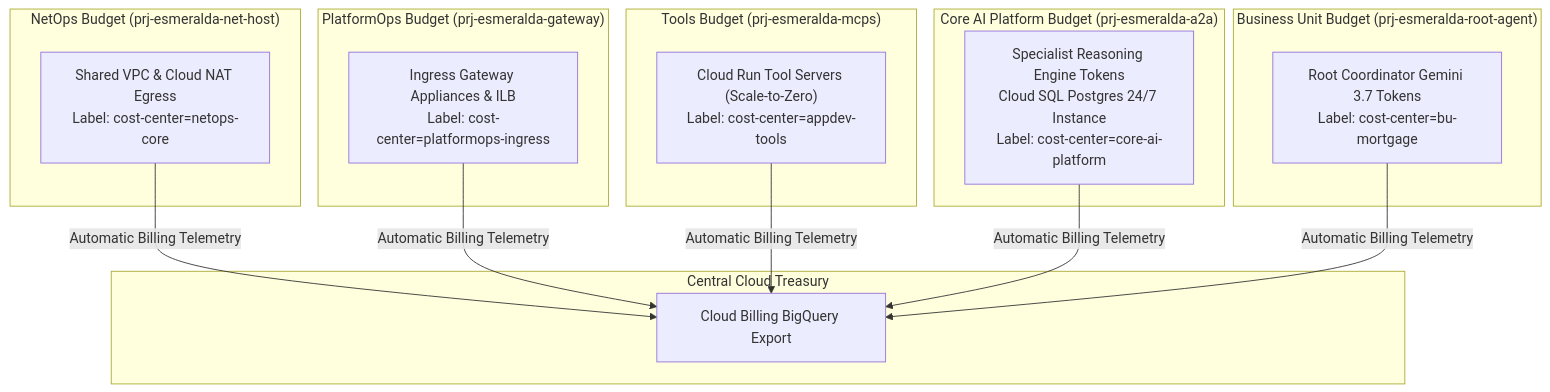
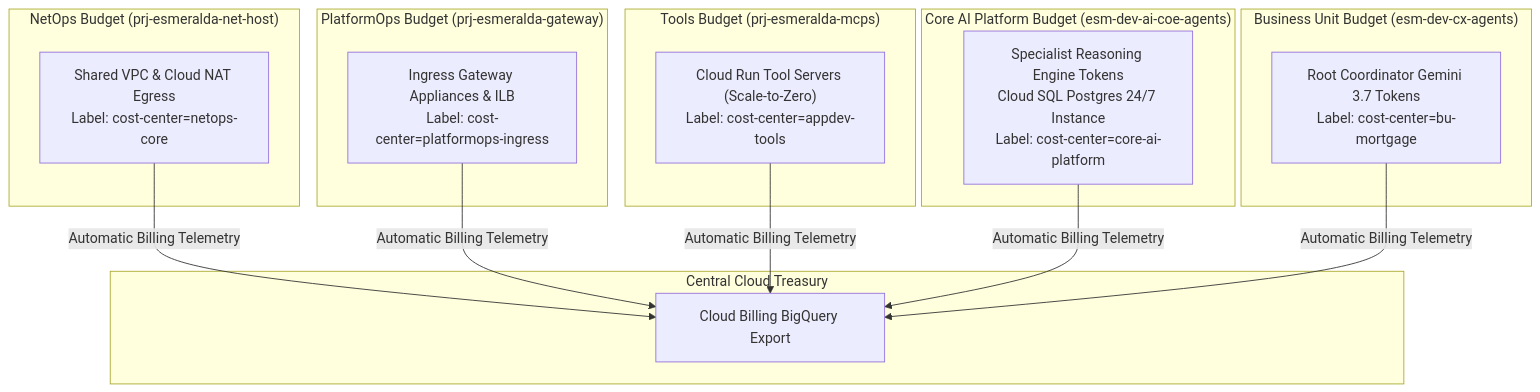
Before and after one commit to google/esmeralda: the second of 2 diagrams in docs/1-platform-foundations/01-projects-and-finops.md, drawn with Mermaid. The commit also changed other lines of this file and 184 other files, not shown here.

First line of the commit message:
refactor: name agents and agent projects after their owning team

````diff
--- a/docs/1-platform-foundations/01-projects-and-finops.md
+++ b/docs/1-platform-foundations/01-projects-and-finops.md
@@ -85,28 +85,28 @@
 ```mermaid
 flowchart TD
     subgraph Treasury["Central Cloud Treasury"]
         Export["Cloud Billing BigQuery Export"]
     end
 
     subgraph NetOps["NetOps Budget (prj-esmeralda-net-host)"]
         C0["Shared VPC & Cloud NAT Egress<br/>Label: cost-center=netops-core"]
     end
 
     subgraph PlatformOps["PlatformOps Budget (prj-esmeralda-gateway)"]
         C_GW["Ingress Gateway Appliances & ILB<br/>Label: cost-center=platformops-ingress"]
     end
 
     subgraph AppDev["Tools Budget (prj-esmeralda-mcps)"]
         C1["Cloud Run Tool Servers (Scale-to-Zero)<br/>Label: cost-center=appdev-tools"]
     end
 
-    subgraph CoreAI["Core AI Platform Budget (prj-esmeralda-a2a)"]
+    subgraph CoreAI["Core AI Platform Budget (esm-dev-ai-coe-agents)"]
         C2["Specialist Reasoning Engine Tokens<br/>Cloud SQL Postgres 24/7 Instance<br/>Label: cost-center=core-ai-platform"]
     end
 
-    subgraph BU["Business Unit Budget (prj-esmeralda-root-agent)"]
+    subgraph BU["Business Unit Budget (esm-dev-cx-agents)"]
         C3["Root Coordinator Gemini 3.7 Tokens<br/>Label: cost-center=bu-mortgage"]
     end
 
     C0 & C_GW & C1 & C2 & C3 -->|Automatic Billing Telemetry| Export
 ```
````
